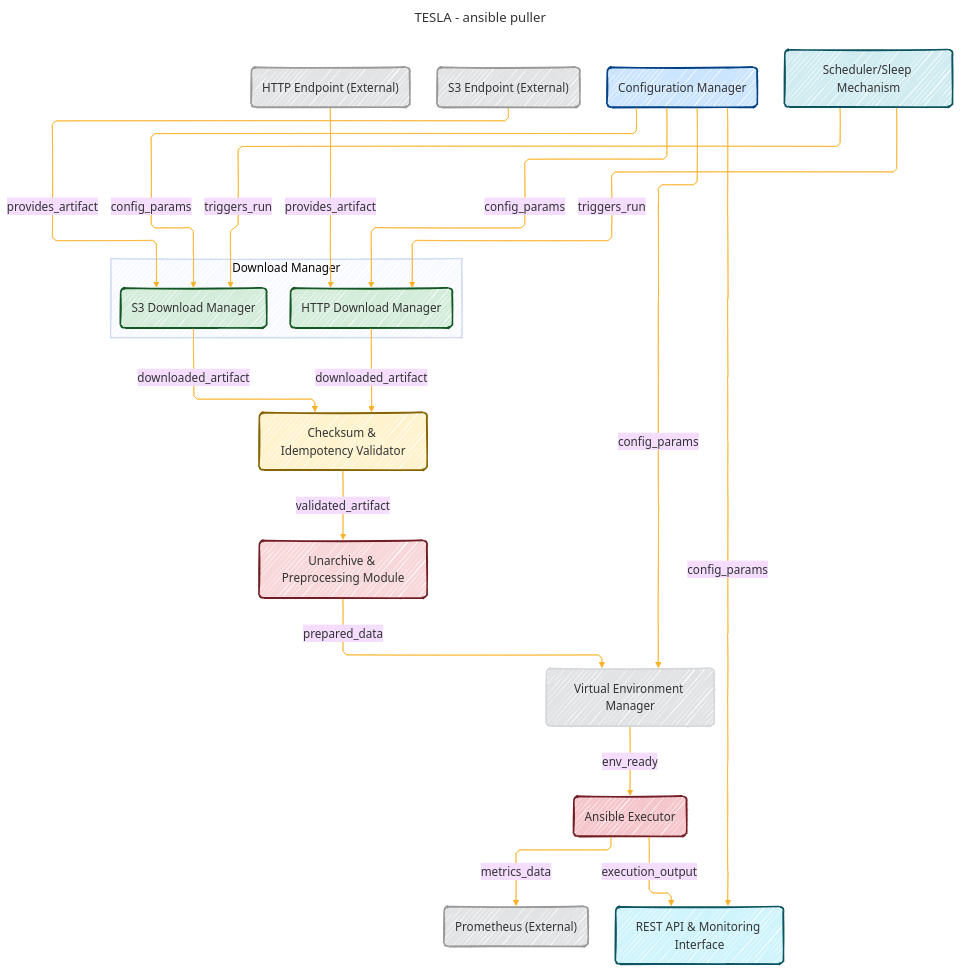
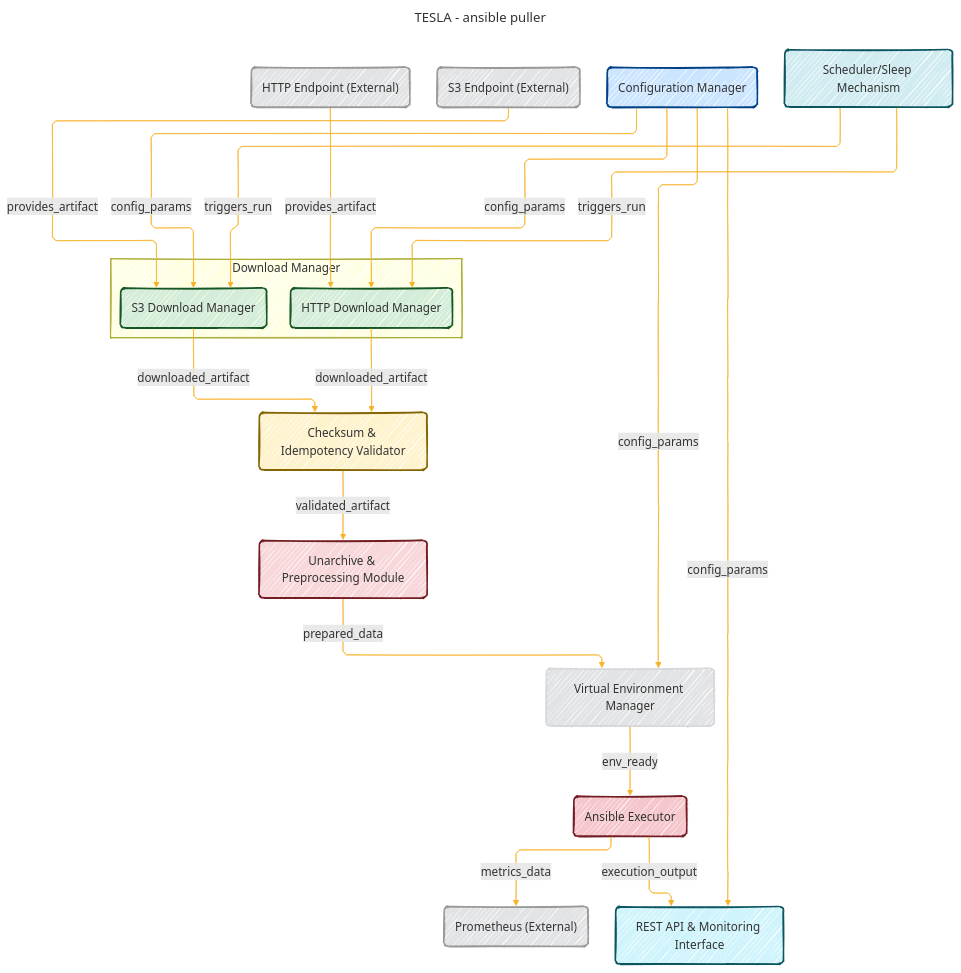
Before and after one commit to CongLeSolutionX/ArchExplorer: the diagram in TESLA/ansible_puller.md, drawn with Mermaid.

Commit message:
add more notes

```diff
--- a/TESLA/ansible_puller.md
+++ b/TESLA/ansible_puller.md
@@ -34,7 +34,7 @@
 config:
   layout: elk
   look: handDrawn
-  theme: base
+  theme: default
 ---
 %%%%%%%% Mermaid version v11.4.1-b.14
 %%%%%%%% Toggle theme value to `base` to activate the initilization below for the customized theme version.
```
